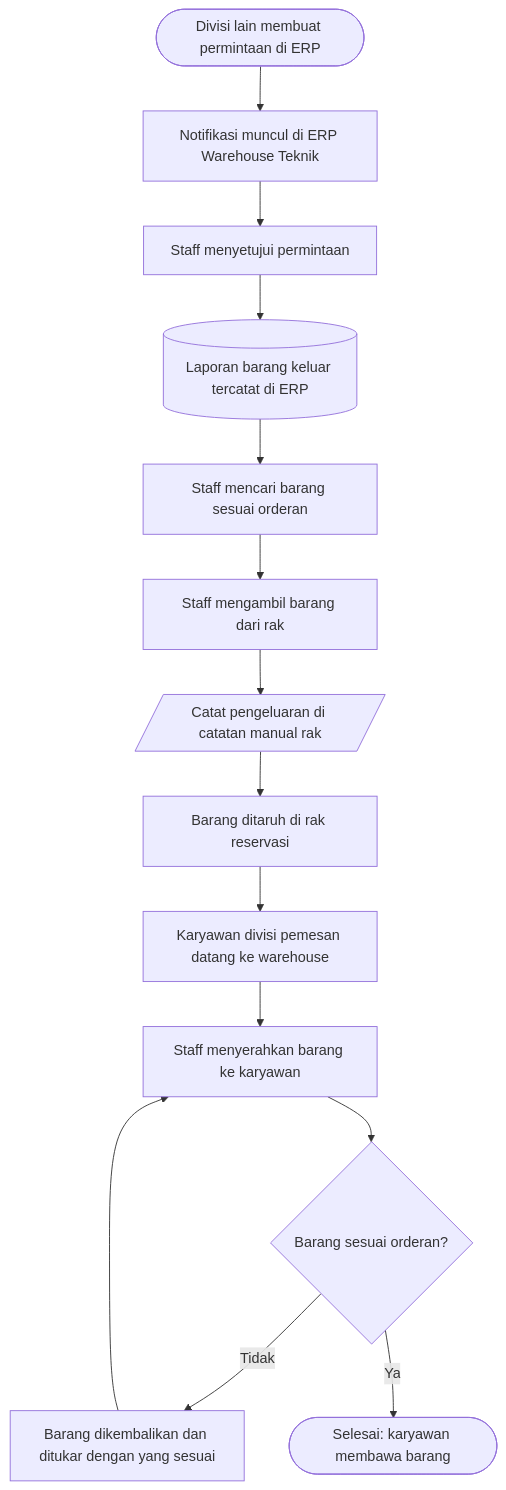
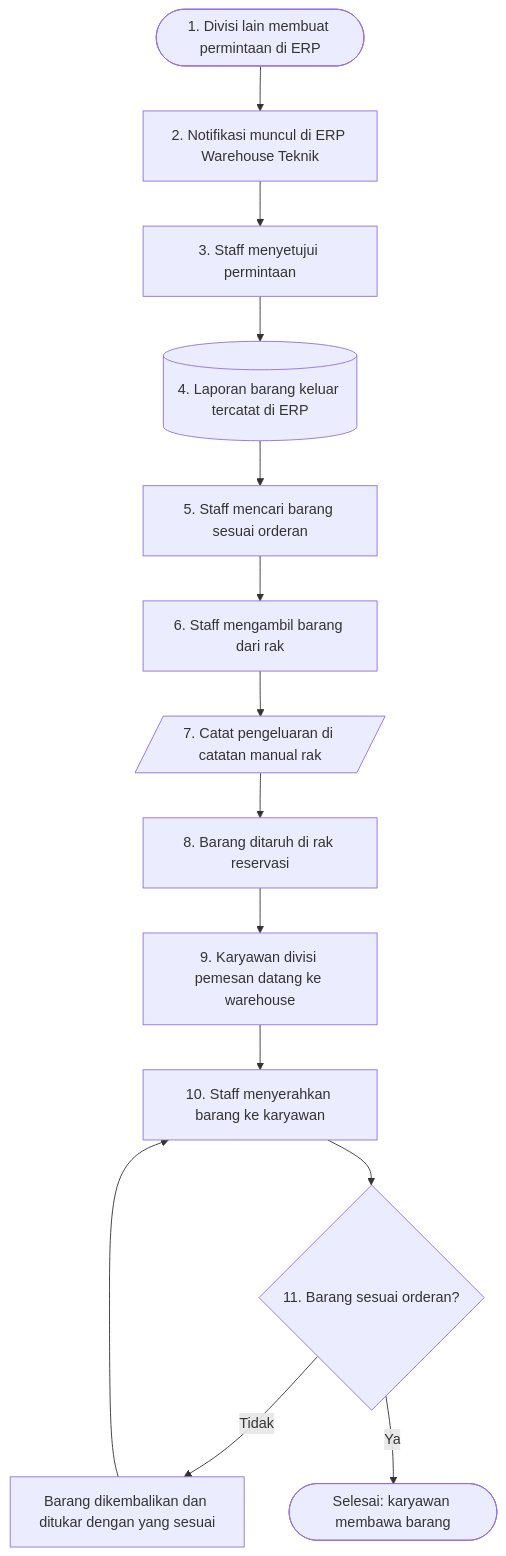
The diagram in docs/alur-kerja/barang-keluar.md (Hwarinn66/WareHouse), drawn with Mermaid before and after one commit. The commit also changed other lines of this file and 14 other files, not shown here.

First line of the commit message:
Tambah tempat foto di setiap kotak flowchart barang masuk dan keluar (v0.2.1)

````diff
--- a/docs/alur-kerja/barang-keluar.md
+++ b/docs/alur-kerja/barang-keluar.md
@@ -18,18 +18,18 @@
 ```mermaid
 flowchart TD
   accTitle: Flowchart alur barang keluar
-  accDescr: Divisi lain membuat permintaan lewat ERP, notifikasi masuk ke ERP Warehouse Teknik, staff menyetujui sehingga laporan barang keluar tercatat di ERP. Staff mencari dan mengambil barang, mencatat di catatan manual rak, lalu menaruh barang di rak reservasi. Karyawan divisi pemesan datang, menerima barang, dan mengeceknya. Jika tidak sesuai, barang ditukar. Jika sesuai, karyawan membawa barang.
-  A(["Divisi lain membuat permintaan di ERP"]):::divisi --> B["Notifikasi muncul di ERP Warehouse Teknik"]:::sistem
-  B --> C["Staff menyetujui permintaan"]:::staff
-  C --> D[("Laporan barang keluar tercatat di ERP")]:::sistem
-  D --> E["Staff mencari barang sesuai orderan"]:::staff
-  E --> F["Staff mengambil barang dari rak"]:::staff
-  F --> G[/"Catat pengeluaran di catatan manual rak"/]:::dokumen
-  G --> H["Barang ditaruh di rak reservasi"]:::staff
-  H --> I["Karyawan divisi pemesan datang ke warehouse"]:::divisi
-  I --> J["Staff menyerahkan barang ke karyawan"]:::staff
-  J --> K{"Barang sesuai orderan?"}:::cek
-  K -- Tidak --> L["Barang dikembalikan dan ditukar dengan yang sesuai"]:::tolak
-  L --> J
-  K -- Ya --> M(["Selesai: karyawan membawa barang"]):::selesai
+  accDescr: 1 divisi lain membuat permintaan di ERP, 2 notifikasi muncul di ERP Warehouse Teknik, 3 staff menyetujui, 4 laporan barang keluar tercatat di ERP, 5 staff mencari barang, 6 mengambil barang, 7 mencatat di catatan manual rak, 8 menaruh barang di rak reservasi, 9 karyawan divisi pemesan datang, 10 staff menyerahkan barang, 11 karyawan mengecek barang. Jika tidak sesuai, barang ditukar lalu diserahkan lagi. Jika sesuai, karyawan membawa barang.
+  L1(["1. Divisi lain membuat permintaan di ERP"]):::divisi --> L2["2. Notifikasi muncul di ERP Warehouse Teknik"]:::sistem
+  L2 --> L3["3. Staff menyetujui permintaan"]:::staff
+  L3 --> L4[("4. Laporan barang keluar tercatat di ERP")]:::sistem
+  L4 --> L5["5. Staff mencari barang sesuai orderan"]:::staff
+  L5 --> L6["6. Staff mengambil barang dari rak"]:::staff
+  L6 --> L7[/"7. Catat pengeluaran di catatan manual rak"/]:::dokumen
+  L7 --> L8["8. Barang ditaruh di rak reservasi"]:::staff
+  L8 --> L9["9. Karyawan divisi pemesan datang ke warehouse"]:::divisi
+  L9 --> L10["10. Staff menyerahkan barang ke karyawan"]:::staff
+  L10 --> L11{"11. Barang sesuai orderan?"}:::cek
+  L11 -- Tidak --> T11["Barang dikembalikan dan ditukar dengan yang sesuai"]:::tolak
+  T11 --> L10
+  L11 -- Ya --> SELESAI(["Selesai: karyawan membawa barang"]):::selesai
 ```
````
